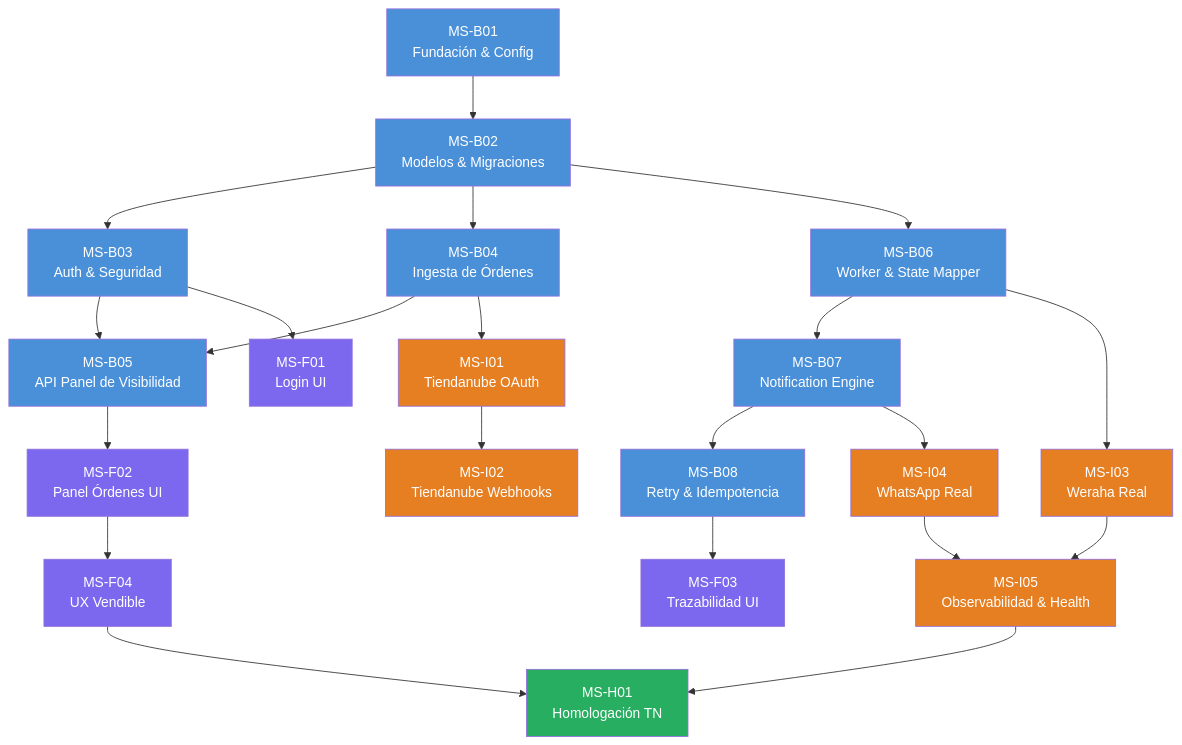
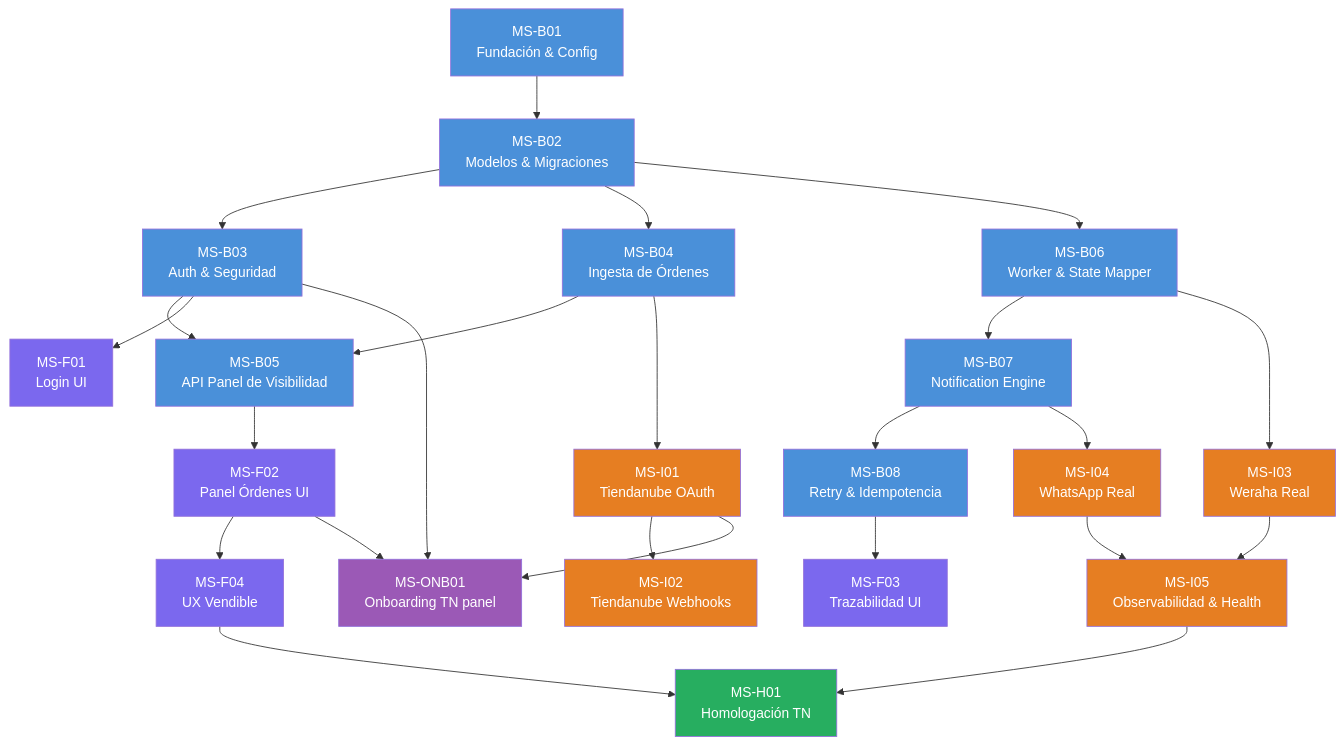
One commit to lbertalot/whatsapp-tracking-assistant changed the diagram in docs/MILESTONES.md. Above: the diagram before and after it, drawn with Mermaid. The commit also changed other lines of this file and 6 other files, not shown here.

````diff
--- a/docs/MILESTONES.md
+++ b/docs/MILESTONES.md
@@ -22,45 +23,49 @@
 ```mermaid
 flowchart TD
     B01[MS-B01<br>Fundación & Config] --> B02[MS-B02<br>Modelos & Migraciones]
     B02 --> B03[MS-B03<br>Auth & Seguridad]
     B02 --> B04[MS-B04<br>Ingesta de Órdenes]
     B03 --> B05[MS-B05<br>API Panel de Visibilidad]
     B04 --> B05
     B02 --> B06[MS-B06<br>Worker & State Mapper]
     B06 --> B07[MS-B07<br>Notification Engine]
     B07 --> B08[MS-B08<br>Retry & Idempotencia]
 
     B03 --> F01[MS-F01<br>Login UI]
     B05 --> F02[MS-F02<br>Panel Órdenes UI]
     B08 --> F03[MS-F03<br>Trazabilidad UI]
     F02 --> F04[MS-F04<br>UX Vendible]
 
     B04 --> I01[MS-I01<br>Tiendanube OAuth]
     I01 --> I02[MS-I02<br>Tiendanube Webhooks]
+    F02 --> ONB01[MS-ONB01<br>Onboarding TN panel]
+    I01 --> ONB01
+    B03 --> ONB01
     B06 --> I03[MS-I03<br>Weraha Real]
     B07 --> I04[MS-I04<br>WhatsApp Real]
     I03 --> I05[MS-I05<br>Observabilidad & Health]
     I04 --> I05
 
     I05 --> H01[MS-H01<br>Homologación TN]
     F04 --> H01
 
     style B01 fill:#4A90D9,color:#fff
     style B02 fill:#4A90D9,color:#fff
     style B03 fill:#4A90D9,color:#fff
     style B04 fill:#4A90D9,color:#fff
     style B05 fill:#4A90D9,color:#fff
     style B06 fill:#4A90D9,color:#fff
     style B07 fill:#4A90D9,color:#fff
     style B08 fill:#4A90D9,color:#fff
     style F01 fill:#7B68EE,color:#fff
     style F02 fill:#7B68EE,color:#fff
     style F03 fill:#7B68EE,color:#fff
     style F04 fill:#7B68EE,color:#fff
     style I01 fill:#E67E22,color:#fff
     style I02 fill:#E67E22,color:#fff
     style I03 fill:#E67E22,color:#fff
     style I04 fill:#E67E22,color:#fff
     style I05 fill:#E67E22,color:#fff
+    style ONB01 fill:#9B59B6,color:#fff
     style H01 fill:#27AE60,color:#fff
 ```
````
